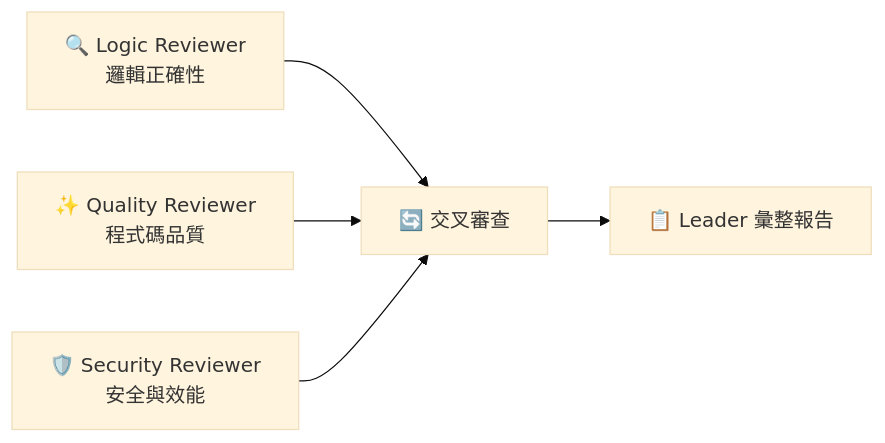
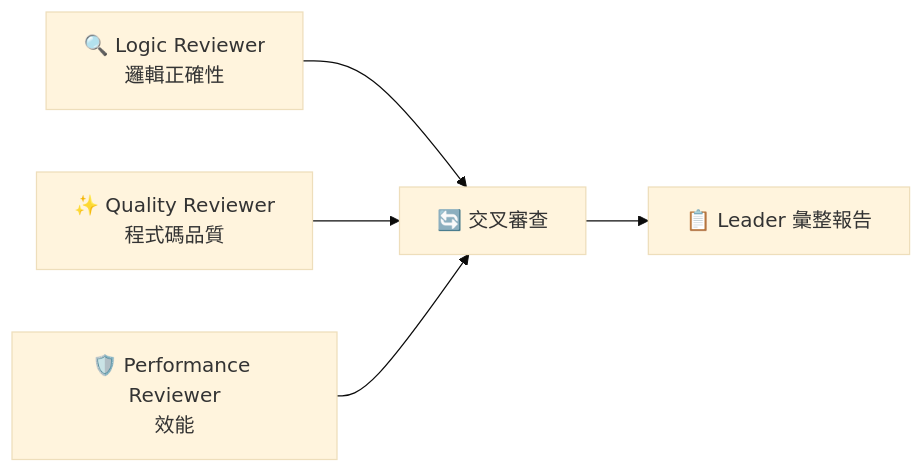
The third of 3 diagrams in plugins/feature-workflow/README.md (mark22013333/bug-workflow), drawn with Mermaid (base theme) before and after one commit. The commit also changed other lines of this file and 2 other files, not shown here.

````diff
--- a/plugins/feature-workflow/README.md
+++ b/plugins/feature-workflow/README.md
@@ -211,13 +213,13 @@
 ```mermaid
 flowchart LR
     L["🔍 Logic Reviewer<br/>邏輯正確性"]
     Q["✨ Quality Reviewer<br/>程式碼品質"]
-    S["🛡️ Security Reviewer<br/>安全與效能"]
+    S["🛡️ Performance Reviewer<br/>效能"]
     X["🔄 交叉審查"]
     R["📋 Leader 彙整報告"]
 
     L --> X
     Q --> X
     S --> X
     X --> R
 ```
````
